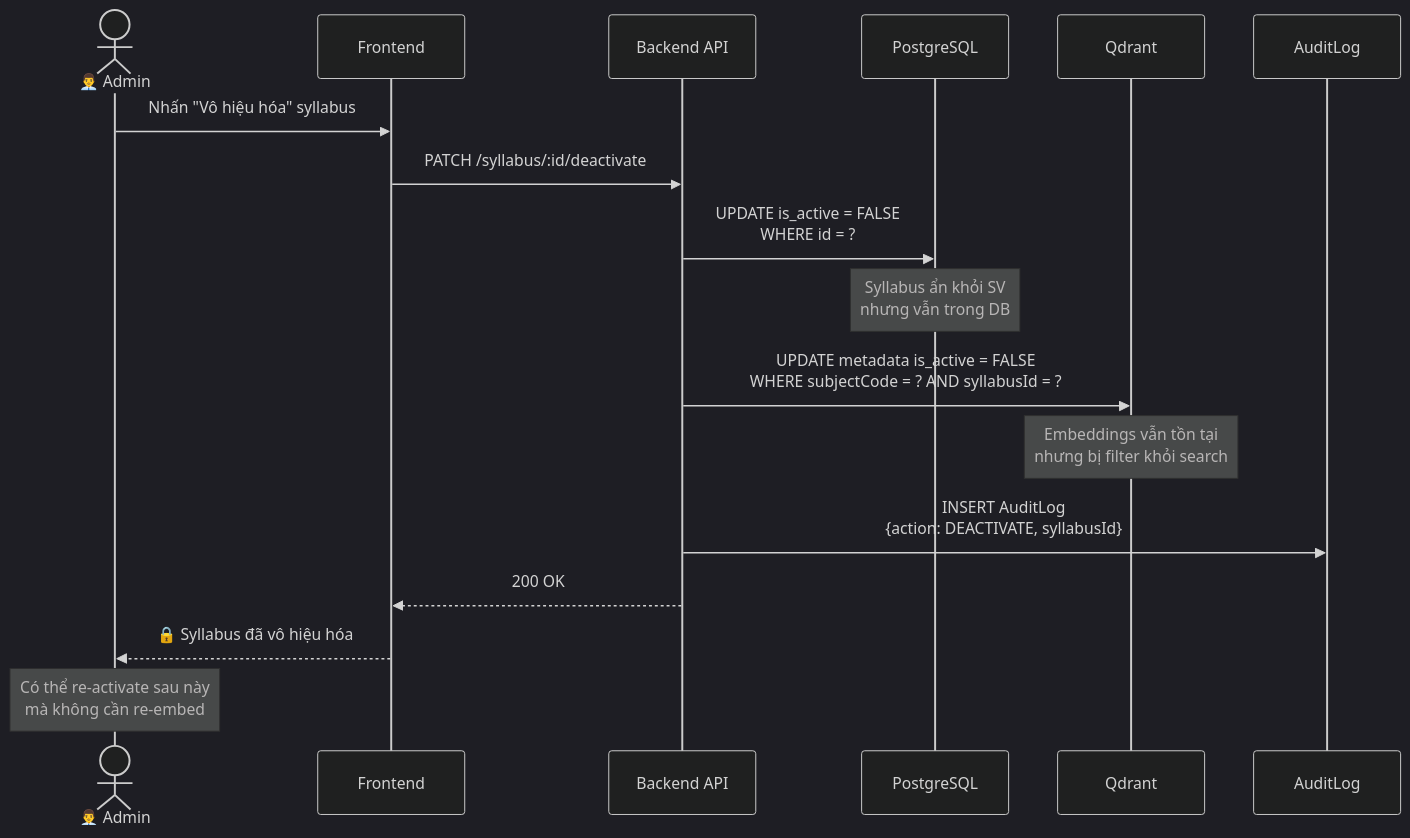
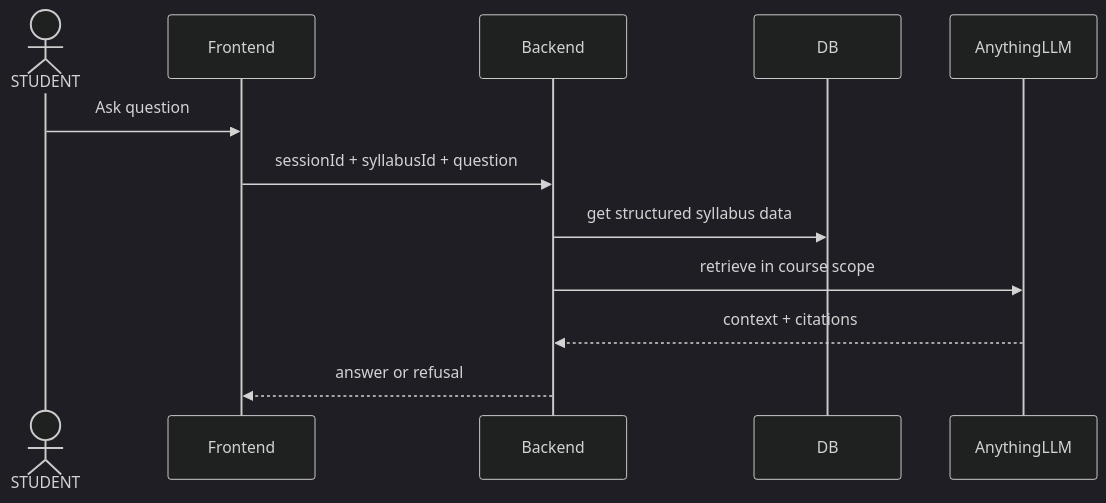
Before and after one commit to lgdlong/chatbot-rag-fptu-sdn: the third of 4 diagrams in docs/srs/docs/sequence_diagrams.md, drawn with Mermaid (dark theme). The commit also changed other lines of this file and 45 other files, not shown here.

````diff
--- a/docs/srs/docs/sequence_diagrams.md
+++ b/docs/srs/docs/sequence_diagrams.md
@@ -273,25 +44,15 @@
 ```mermaid
 sequenceDiagram
-    actor AD as 👨‍💼 Admin
+    actor ST as STUDENT
     participant FE as Frontend
-    participant BE as Backend API
-    participant DB as PostgreSQL
-    participant QD as Qdrant
-    participant AL as AuditLog
+    participant BE as Backend
+    participant DB as DB
+    participant AL as AnythingLLM
 
-    AD->>FE: Nhấn "Vô hiệu hóa" syllabus
-    FE->>BE: PATCH /syllabus/:id/deactivate
-    
-    BE->>DB: UPDATE is_active = FALSE<br/>WHERE id = ?
-    Note over DB: Syllabus ẩn khỏi SV<br/>nhưng vẫn trong DB
-    
-    BE->>QD: UPDATE metadata is_active = FALSE<br/>WHERE subjectCode = ? AND syllabusId = ?
-    Note over QD: Embeddings vẫn tồn tại<br/>nhưng bị filter khỏi search
-    
-    BE->>AL: INSERT AuditLog<br/>{action: DEACTIVATE, syllabusId}
-    
-    BE-->>FE: 200 OK
-    FE-->>AD: 🔒 Syllabus đã vô hiệu hóa
-
-    Note over AD: Có thể re-activate sau này<br/>mà không cần re-embed
+    ST->>FE: Ask question
+    FE->>BE: sessionId + syllabusId + question
+    BE->>DB: get structured syllabus data
+    BE->>AL: retrieve in course scope
+    AL-->>BE: context + citations
+    BE-->>FE: answer or refusal
 ```
````
